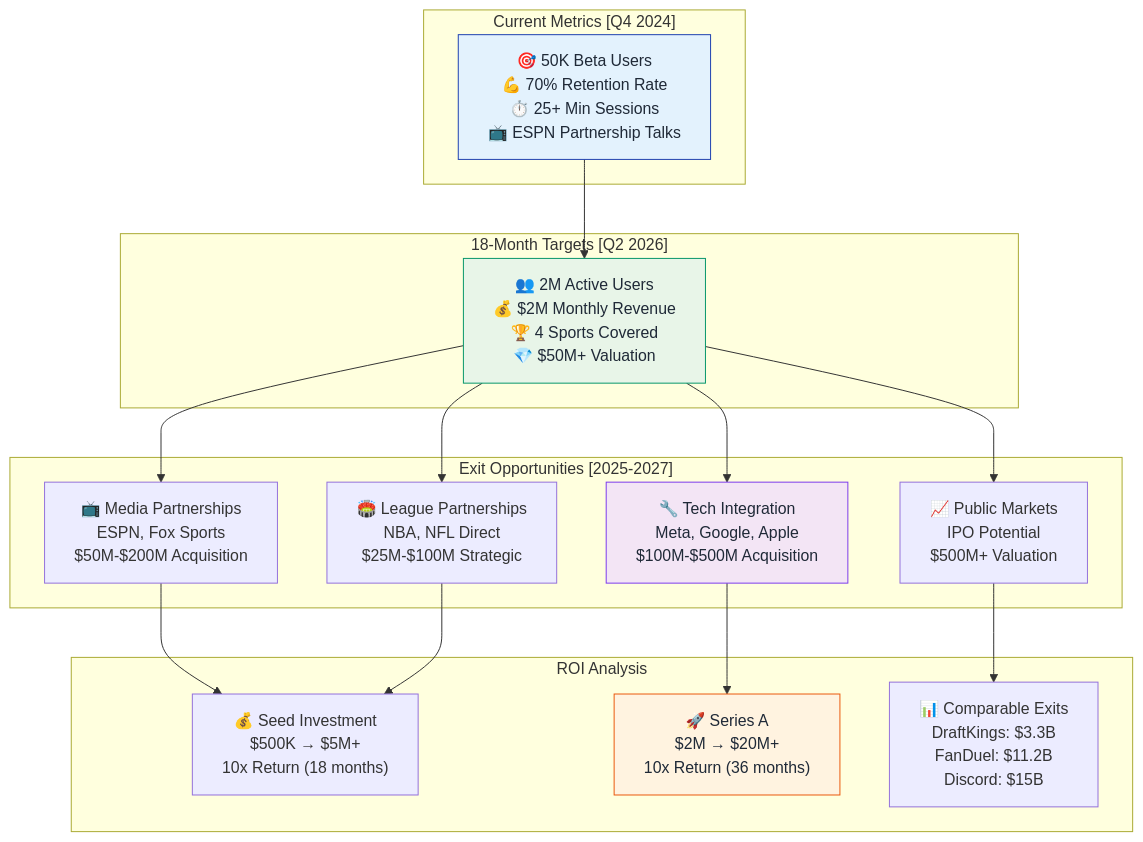
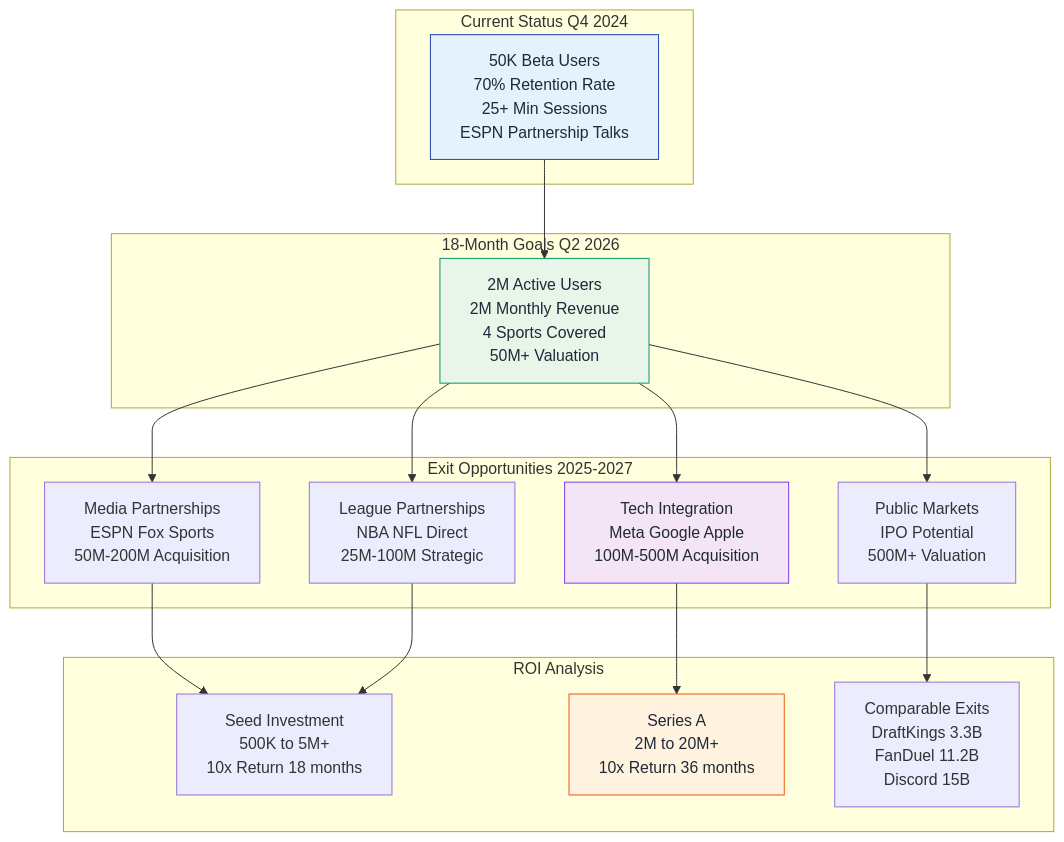
One commit to SkaFld-Ignite/ref-u-wireframes changed the eighth of 9 diagrams in docs/investor-flows.md. Above: the diagram before and after it, drawn with Mermaid. The commit also changed other lines of this file, not shown here.

Commit message:
Fix Mermaid parse error: Remove HTML tags and special characters causing parsing issues

````diff
--- a/docs/investor-flows.md
+++ b/docs/investor-flows.md
@@ -337,39 +337,60 @@
 ```mermaid
 graph TB
-    subgraph "Current Metrics [Q4 2024]"
-        A1["🎯 50K Beta Users<br/>💪 70% Retention Rate<br/>⏱️ 25+ Min Sessions<br/>📺 ESPN Partnership Talks"]
+    subgraph "Current Status Q4 2024"
+        A1["50K Beta Users
+        70% Retention Rate
+        25+ Min Sessions
+        ESPN Partnership Talks"]
     end
     
-    subgraph "18-Month Targets [Q2 2026]"
-        B1["👥 2M Active Users<br/>💰 $2M Monthly Revenue<br/>🏆 4 Sports Covered<br/>💎 $50M+ Valuation"]
+    subgraph "18-Month Goals Q2 2026"
+        B1["2M Active Users
+        2M Monthly Revenue
+        4 Sports Covered
+        50M+ Valuation"]
     end
     
-    subgraph "Exit Opportunities [2025-2027]"
-        C1["📺 Media Partnerships<br/>ESPN, Fox Sports<br/>$50M-$200M Acquisition"]
-        C2["🔧 Tech Integration<br/>Meta, Google, Apple<br/>$100M-$500M Acquisition"]
-        C3["🏟️ League Partnerships<br/>NBA, NFL Direct<br/>$25M-$100M Strategic"]
-        C4["📈 Public Markets<br/>IPO Potential<br/>$500M+ Valuation"]
+    subgraph "Exit Opportunities 2025-2027"
+        C1["Media Partnerships
+        ESPN Fox Sports
+        50M-200M Acquisition"]
+        C2["Tech Integration
+        Meta Google Apple
+        100M-500M Acquisition"]
+        C3["League Partnerships
+        NBA NFL Direct
+        25M-100M Strategic"]
+        C4["Public Markets
+        IPO Potential
+        500M+ Valuation"]
     end
     
     subgraph "ROI Analysis"
-        D1["💰 Seed Investment<br/>$500K → $5M+<br/>10x Return (18 months)"]
-        D2["🚀 Series A<br/>$2M → $20M+<br/>10x Return (36 months)"]
-        D3["📊 Comparable Exits<br/>DraftKings: $3.3B<br/>FanDuel: $11.2B<br/>Discord: $15B"]
+        D1["Seed Investment
+        500K to 5M+
+        10x Return 18 months"]
+        D2["Series A
+        2M to 20M+
+        10x Return 36 months"]
+        D3["Comparable Exits
+        DraftKings 3.3B
+        FanDuel 11.2B
+        Discord 15B"]
     end
     
     A1 --> B1
     B1 --> C1
     B1 --> C2
     B1 --> C3
     B1 --> C4
     
     C1 --> D1
     C2 --> D2
     C3 --> D1
     C4 --> D3
     
     style A1 fill:#e3f2fd,stroke:#1e40af,color:#1f2937
     style B1 fill:#e8f5e8,stroke:#059669,color:#1f2937
     style C2 fill:#f3e5f5,stroke:#7c3aed,color:#1f2937
     style D2 fill:#fff3e0,stroke:#ea580c,color:#1f2937
 ```
````
